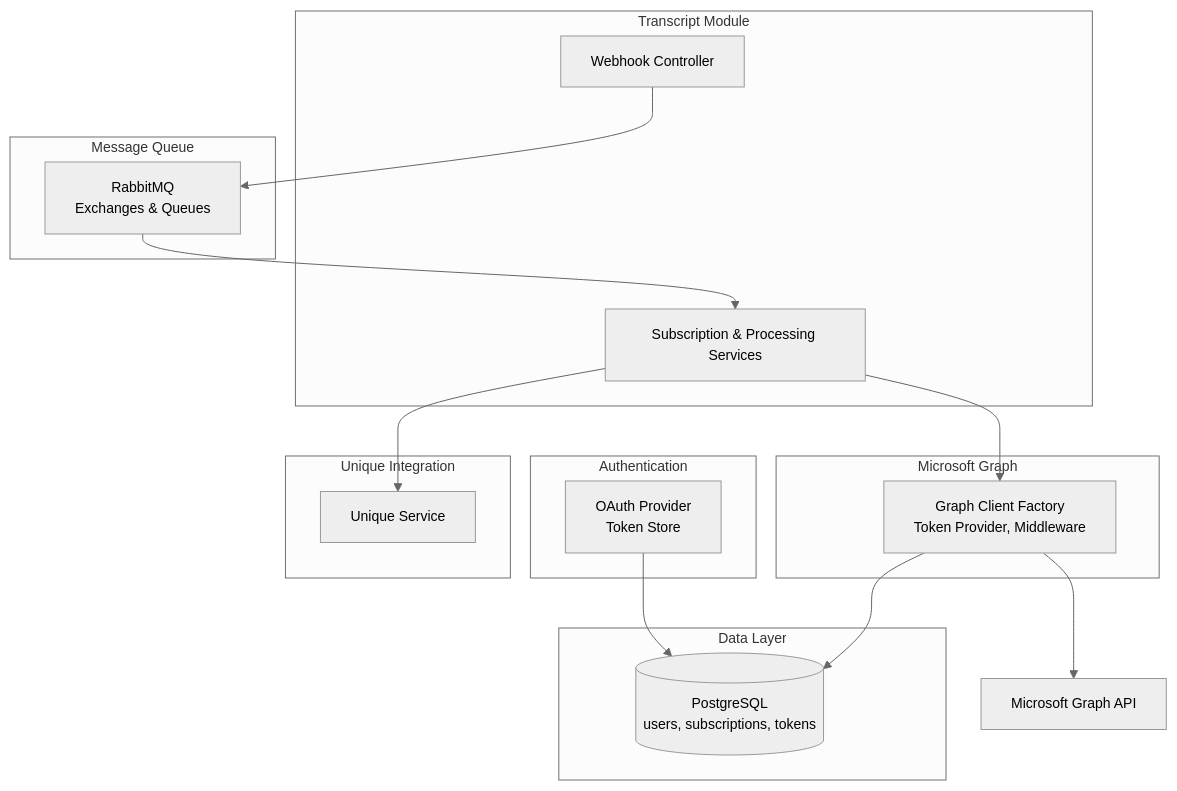
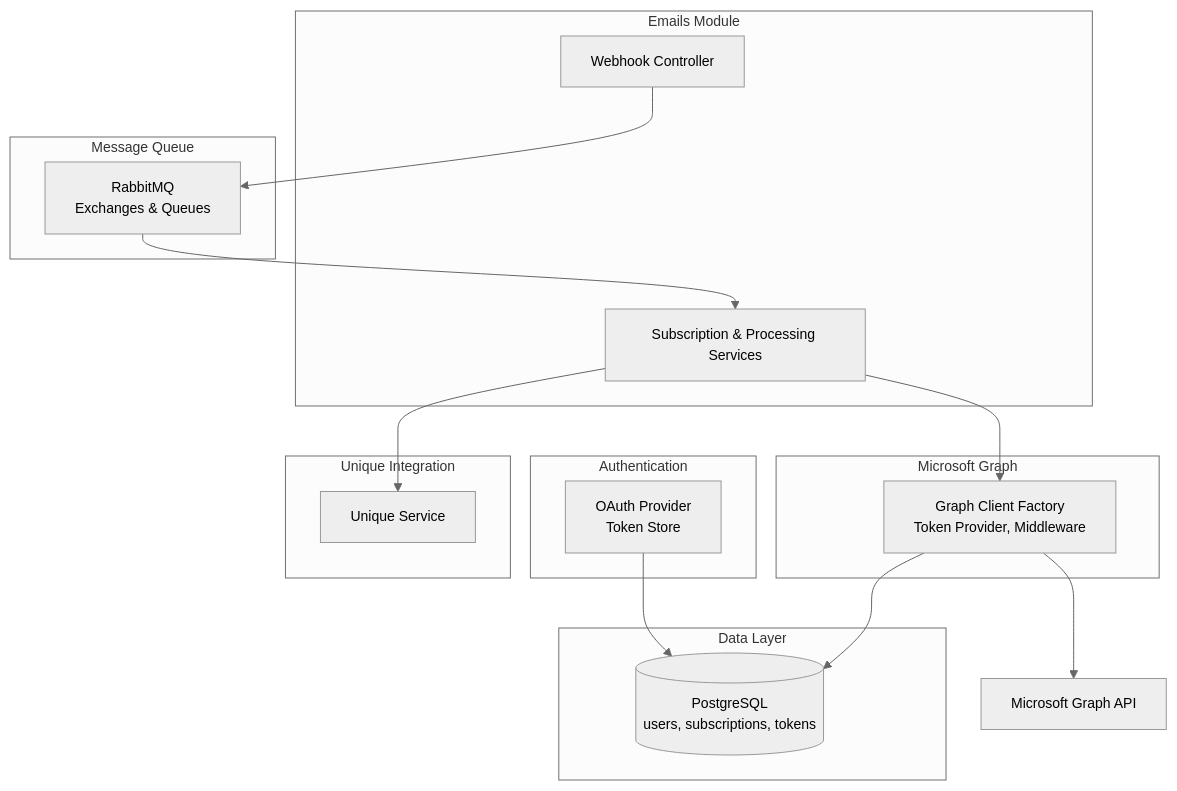
One commit to Unique-AG/connectors changed the second of 4 diagrams in services/outlook-fat-mcp/docs/technical/architecture.md. Above: the diagram before and after it, drawn with Mermaid. The commit also changed other lines of this file and 11 other files, not shown here.

````diff
--- a/services/outlook-fat-mcp/docs/technical/architecture.md
+++ b/services/outlook-fat-mcp/docs/technical/architecture.md
@@ -56,36 +56,36 @@
 ```mermaid
 %%{init: {'theme': 'neutral', 'themeVariables': { 'fontSize': '14px' }}}%%
 flowchart TB
     subgraph Auth["Authentication"]
         AuthModule["OAuth Provider<br/>Token Store"]
     end
 
-    subgraph Transcript["Transcript Module"]
+    subgraph Emails["Emails Module"]
         Webhook["Webhook Controller"]
         Services["Subscription & Processing Services"]
     end
 
     subgraph GraphModule["Microsoft Graph"]
         GraphClient["Graph Client Factory<br/>Token Provider, Middleware"]
     end
 
     subgraph Data["Data Layer"]
         DB[("PostgreSQL<br/>users, subscriptions, tokens")]
     end
 
     subgraph Queue["Message Queue"]
         RabbitMQ["RabbitMQ<br/>Exchanges & Queues"]
     end
 
     subgraph UniqueIntegration["Unique Integration"]
         UniqueService["Unique Service"]
     end
 
     AuthModule --> DB
     Webhook --> RabbitMQ
     RabbitMQ --> Services
     Services --> GraphClient
     Services --> UniqueService
     GraphClient --> DB
     GraphClient --> MSGraph["Microsoft Graph API"]
 ```
````
